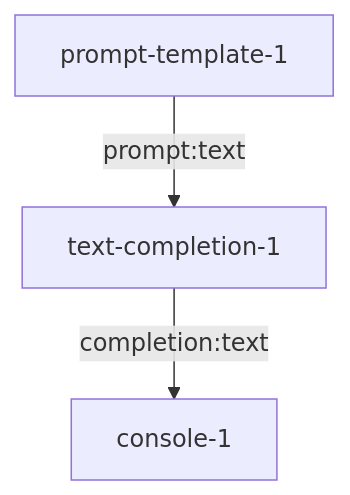
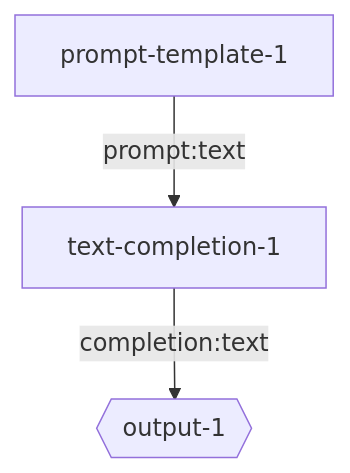
The diagram in seeds/graph-playground/docs/graphs/auto-simple-prompt.md (breadboard-ai/breadboard), drawn with Mermaid before and after one commit. The commit also changed 12 other files, not shown here.

Commit message:
[graph-playgroun] Update diagrams.

````diff
--- a/seeds/graph-playground/docs/graphs/auto-simple-prompt.md
+++ b/seeds/graph-playground/docs/graphs/auto-simple-prompt.md
@@ -4,5 +4,5 @@
 ```mermaid
 graph TD;
 prompt-template-1 -- prompt:text --> text-completion-1
-text-completion-1 -- completion:text --> console-1
+text-completion-1 -- completion:text --> output-1{{output-1}}
 ```
````
